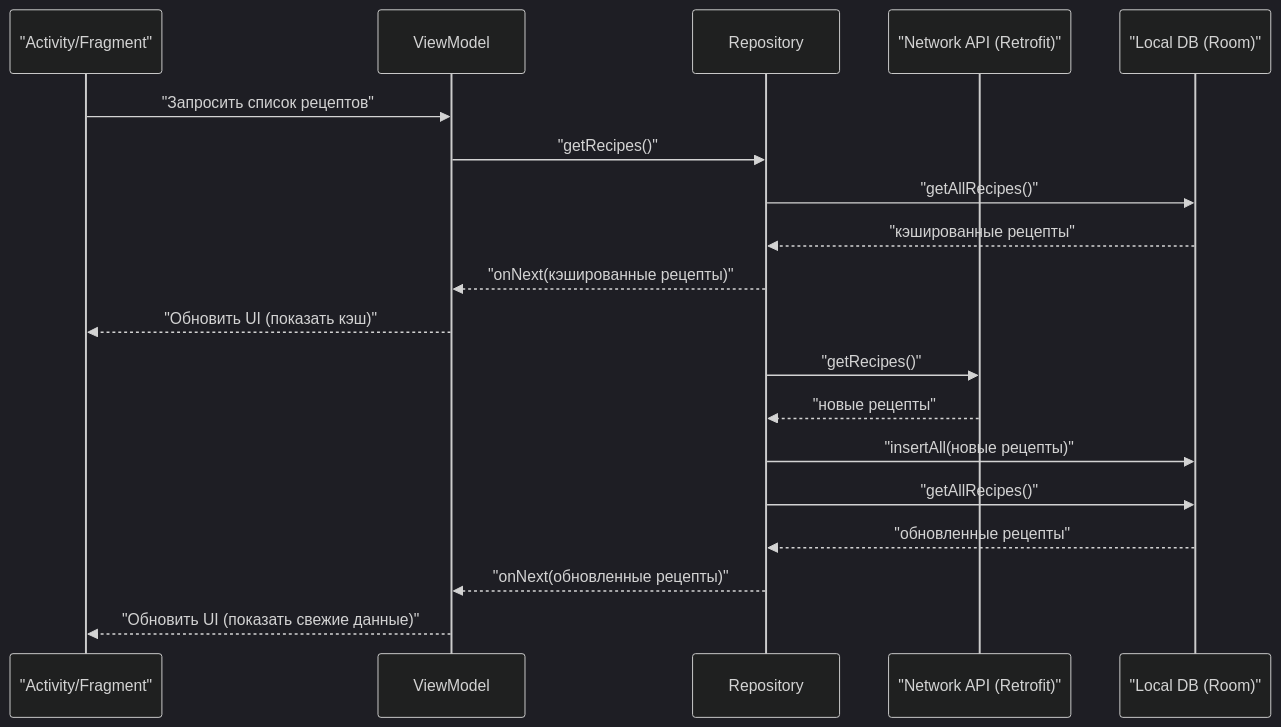
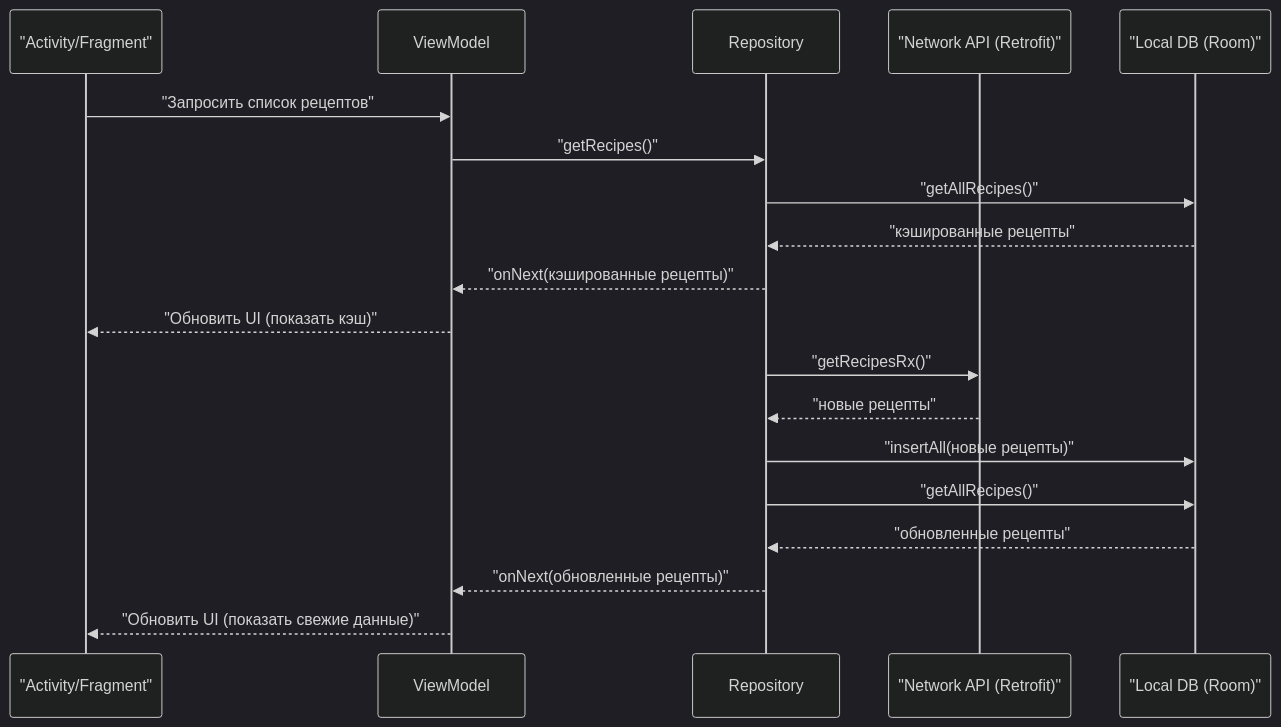
One commit to german355/CookingApp changed the second of 2 diagrams in documentation/03_architecture.md. Above: the diagram before and after it, drawn with Mermaid (dark theme). The commit also changed 7 other files, not shown here.

````diff
--- a/documentation/03_architecture.md
+++ b/documentation/03_architecture.md
@@ -62,23 +62,23 @@
 ```mermaid
 sequenceDiagram
     participant View as "Activity/Fragment"
     participant ViewModel
     participant Repository
     participant ApiService as "Network API (Retrofit)"
     participant RecipeDao as "Local DB (Room)"
 
     View->>ViewModel: "Запросить список рецептов"
     ViewModel->>Repository: "getRecipes()"
     Repository->>RecipeDao: "getAllRecipes()"
     RecipeDao-->>Repository: "кэшированные рецепты"
     Repository-->>ViewModel: "onNext(кэшированные рецепты)"
     ViewModel-->>View: "Обновить UI (показать кэш)"
 
-    Repository->>ApiService: "getRecipes()"
+    Repository->>ApiService: "getRecipesRx()"
     ApiService-->>Repository: "новые рецепты"
     Repository->>RecipeDao: "insertAll(новые рецепты)"
     Repository->>RecipeDao: "getAllRecipes()"
     RecipeDao-->>Repository: "обновленные рецепты"
     Repository-->>ViewModel: "onNext(обновленные рецепты)"
     ViewModel-->>View: "Обновить UI (показать свежие данные)"
 ```
````
